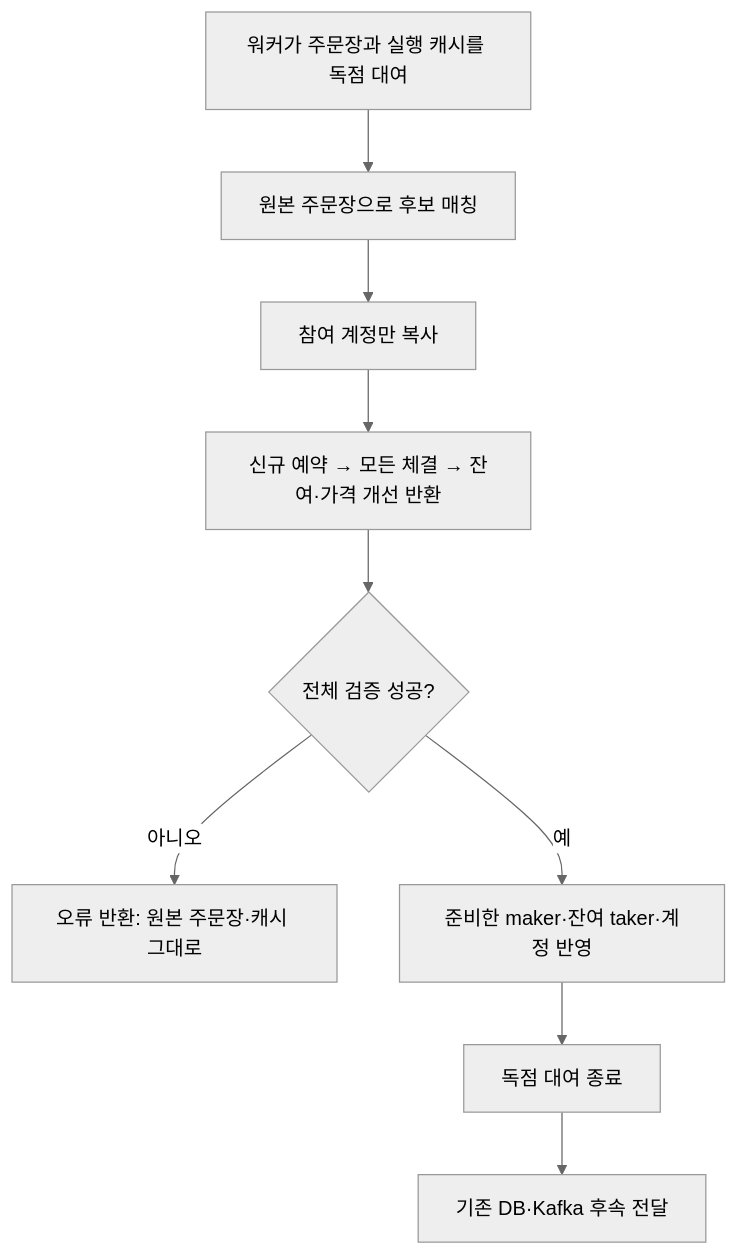
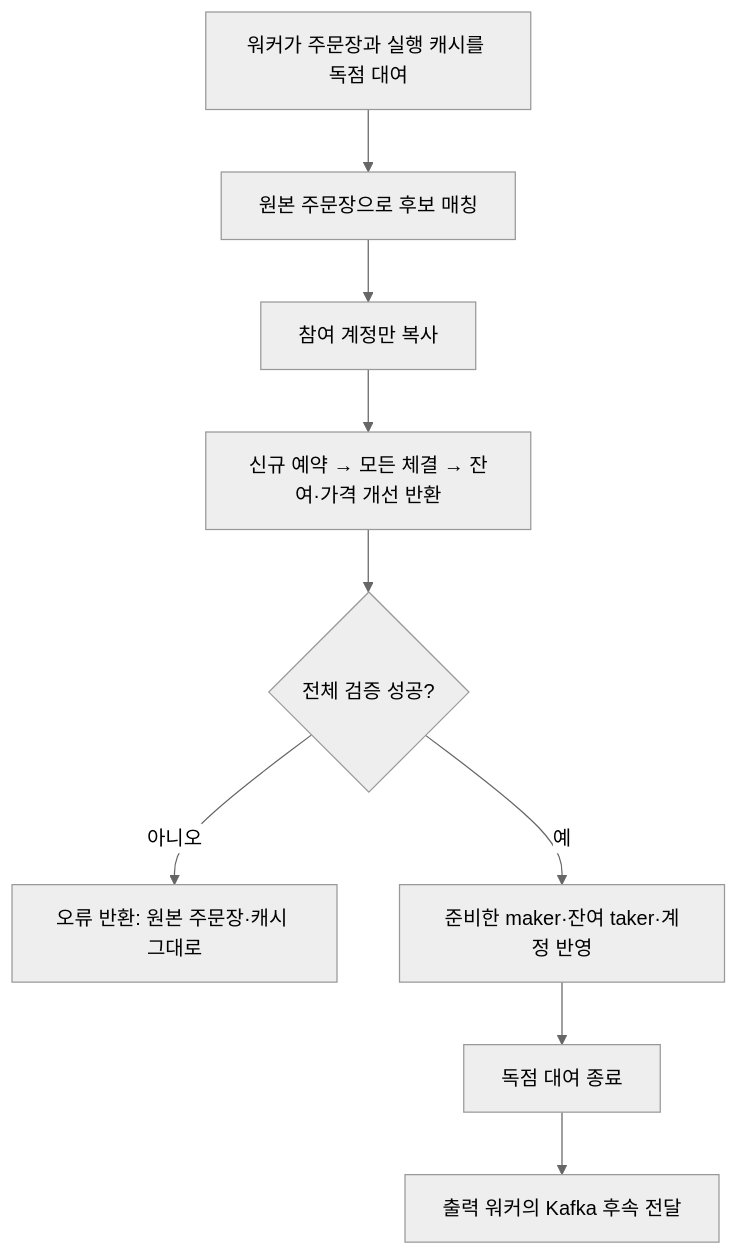
The diagram in docs/decisions/006-atomic-order-memory-commit.md (GiHoon1123/Cex-Engine), drawn with Mermaid (neutral theme) before and after one commit. The commit also changed other lines of this file and 3 other files, not shown here.

````diff
--- a/docs/decisions/006-atomic-order-memory-commit.md
+++ b/docs/decisions/006-atomic-order-memory-commit.md
@@ -37,11 +39,11 @@
 ```mermaid
 flowchart TD
     A[워커가 주문장과 실행 캐시를 독점 대여] --> B[원본 주문장으로 후보 매칭]
     B --> C[참여 계정만 복사]
     C --> D[신규 예약 → 모든 체결 → 잔여·가격 개선 반환]
     D --> E{전체 검증 성공?}
     E -->|아니오| F[오류 반환: 원본 주문장·캐시 그대로]
     E -->|예| G[준비한 maker·잔여 taker·계정 반영]
     G --> H[독점 대여 종료]
-    H --> I[기존 DB·Kafka 후속 전달]
+    H --> I[출력 워커의 Kafka 후속 전달]
 ```
````
